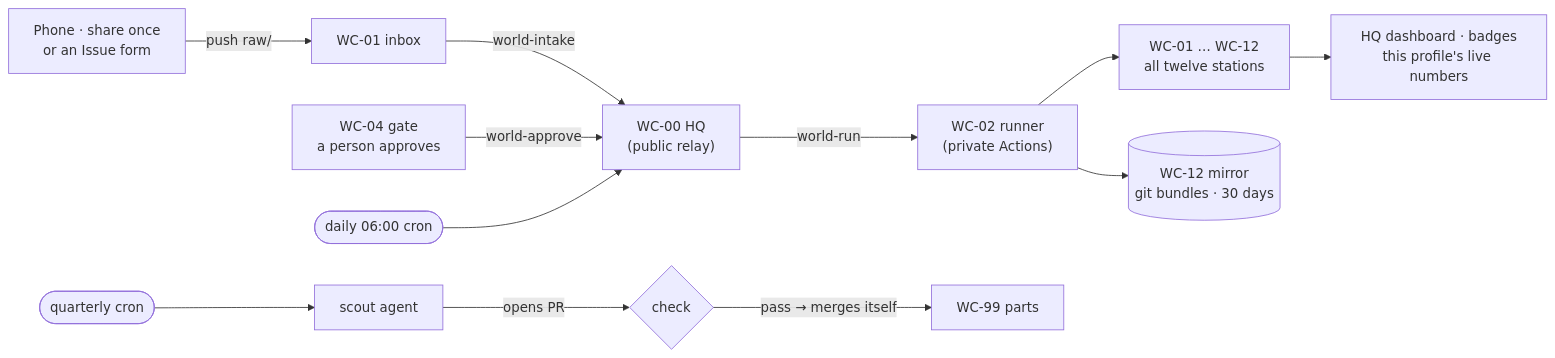
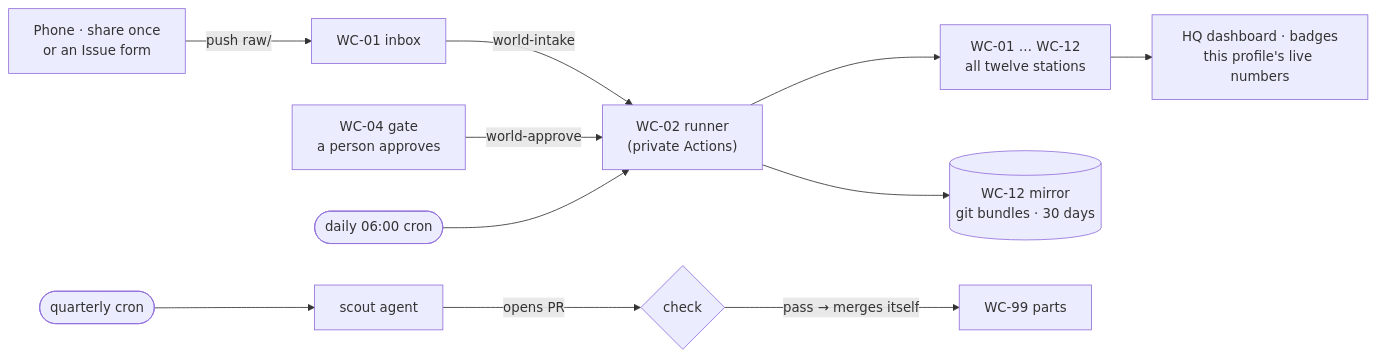
The diagram in README.md (lfai-world/lfai-world), drawn with Mermaid before and after one commit. The commit also changed other lines of this file, not shown here.

Commit message:
Profile: signals go straight to the private runner; public repos hold no keys

````diff
--- a/README.md
+++ b/README.md
@@ -74,12 +74,11 @@
 ```mermaid
 flowchart LR
   A["Phone · share once<br/>or an Issue form"] -->|push raw/| B["WC-01 inbox"]
-  B -->|world-intake| H["WC-00 HQ<br/>(public relay)"]
-  G["WC-04 gate<br/>a person approves"] -->|world-approve| H
-  C(["daily 06:00 cron"]) --> H
-  H -->|world-run| R["WC-02 runner<br/>(private Actions)"]
+  B -->|world-intake| R["WC-02 runner<br/>(private Actions)"]
+  G["WC-04 gate<br/>a person approves"] -->|world-approve| R
+  C(["daily 06:00 cron"]) --> R
   R --> S["WC-01 … WC-12<br/>all twelve stations"]
   S --> D["HQ dashboard · badges<br/>this profile's live numbers"]
   R --> M[("WC-12 mirror<br/>git bundles · 30 days")]
   X(["quarterly cron"]) --> P["scout agent"] -->|opens PR| Q{"check"} -->|pass → merges itself| W["WC-99 parts"]
 ```
````
